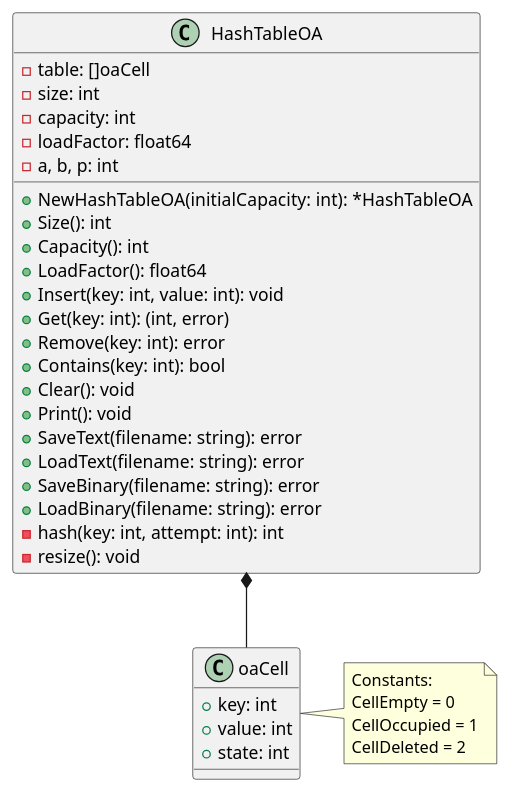
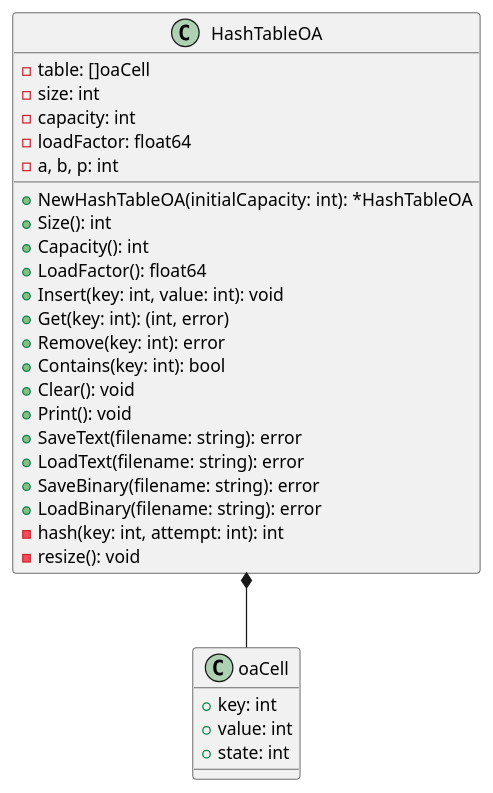
Before and after one commit to CHIKENlvl19/Lab_3_3rd_semester: the diagram in UML/hashtable_OA_GO.puml, drawn with PlantUML. The commit also changed 14 other files, not shown here.

```diff
--- a/UML/hashtable_OA_GO.puml
+++ b/UML/hashtable_OA_GO.puml
@@ -1,41 +1,35 @@
 @startuml HashTableOA_Go
 class oaCell {
   + key: int
   + value: int
   + state: int
 }
 
 class HashTableOA {
   - table: []oaCell
   - size: int
   - capacity: int
   - loadFactor: float64
   - a, b, p: int
   
   + NewHashTableOA(initialCapacity: int): *HashTableOA
   + Size(): int
   + Capacity(): int
   + LoadFactor(): float64
   + Insert(key: int, value: int): void
   + Get(key: int): (int, error)
   + Remove(key: int): error
   + Contains(key: int): bool
   + Clear(): void
   + Print(): void
   + SaveText(filename: string): error
   + LoadText(filename: string): error
   + SaveBinary(filename: string): error
   + LoadBinary(filename: string): error
   - hash(key: int, attempt: int): int
   - resize(): void
 }
 
 HashTableOA *-- oaCell
 
-note right of oaCell
-  Constants:
-  CellEmpty = 0
-  CellOccupied = 1
-  CellDeleted = 2
-end note
 @enduml
```
